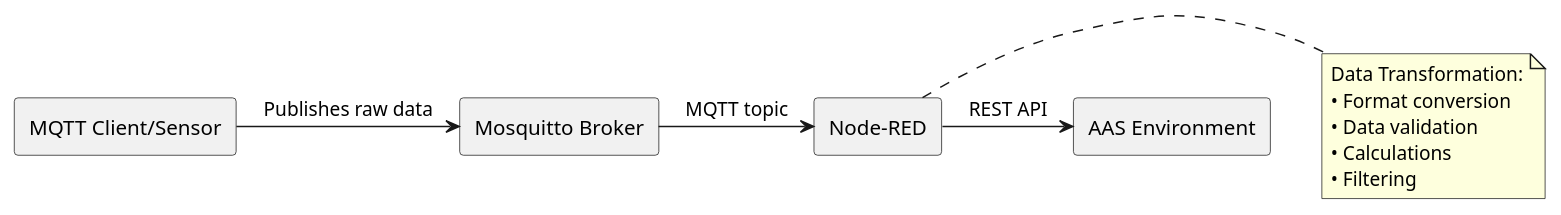
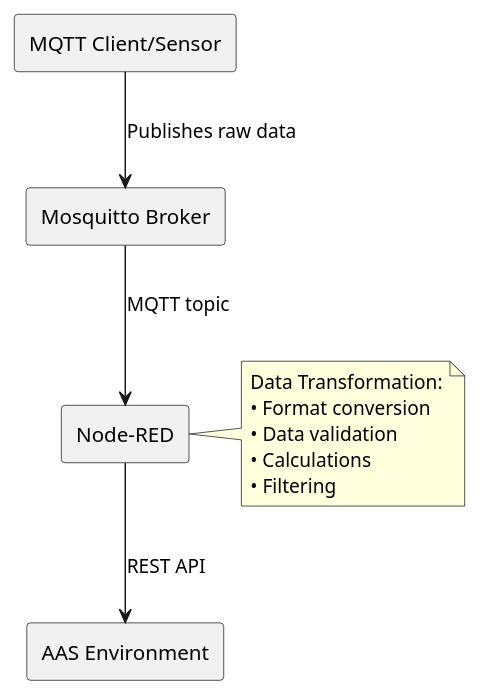
One commit to eclipse-basyx/basyx-wiki changed the diagram in docs/source/content/concepts/use_cases/charts/data_transformation.puml. Above: the diagram before and after it, drawn with PlantUML.

Commit message:
Improves diagram

```diff
--- a/docs/source/content/concepts/use_cases/charts/data_transformation.puml
+++ b/docs/source/content/concepts/use_cases/charts/data_transformation.puml
@@ -1,19 +1,19 @@
 @startuml
 rectangle "MQTT Client/Sensor" as client
 rectangle "Mosquitto Broker" as broker
 rectangle "Node-RED" as nodered
 rectangle "AAS Environment" as aas
 
-client -right-> broker : Publishes raw data
-broker -right-> nodered : MQTT topic
+client -down-> broker : Publishes raw data
+broker -down-> nodered : MQTT topic
 
 note right of nodered
   Data Transformation:
   • Format conversion
   • Data validation
   • Calculations
   • Filtering
 end note
 
-nodered -right-> aas : REST API
+nodered -down-> aas : REST API
 @enduml
```
